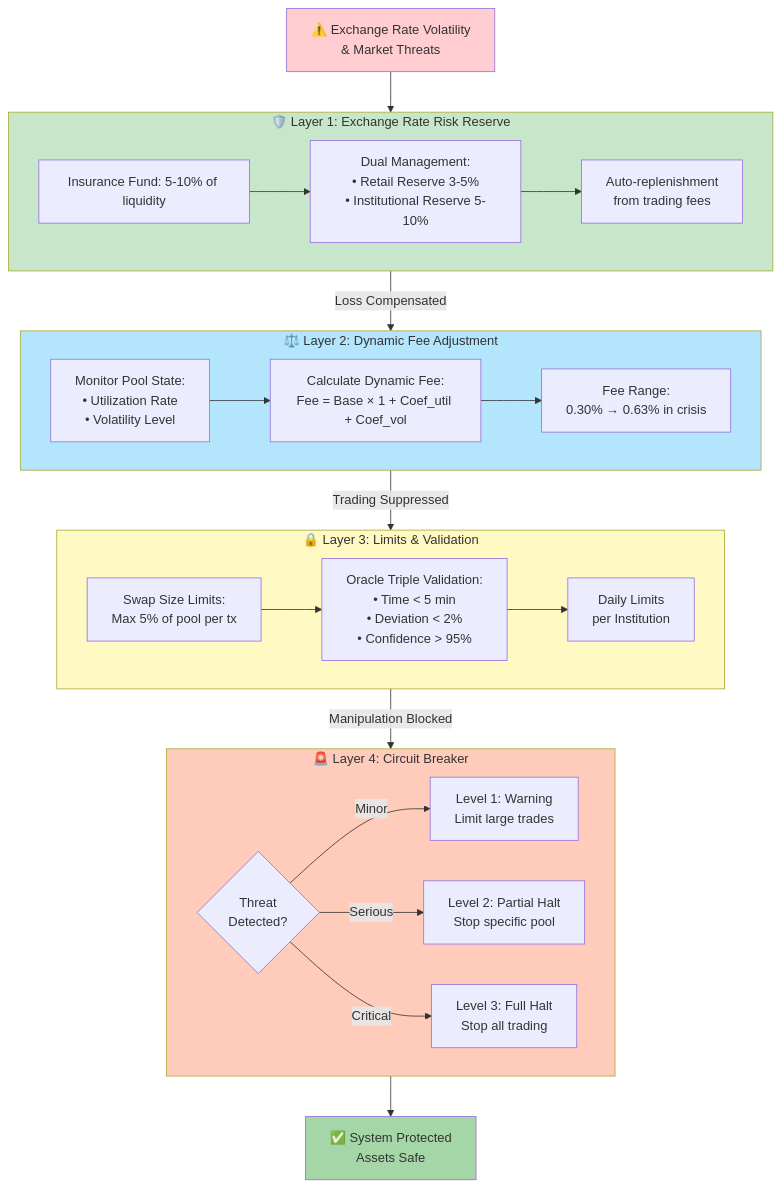
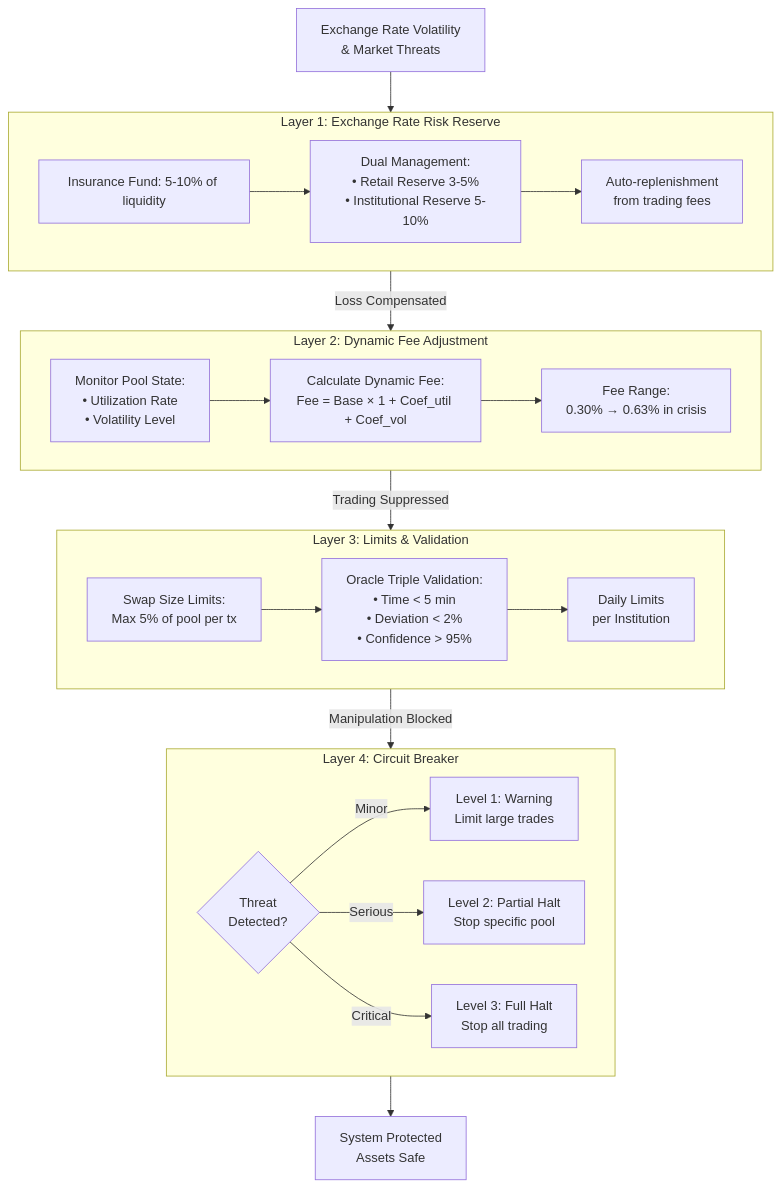
One commit to fbtopg/gurufin-docs changed the first of 3 diagrams in gurudex/06_risk_mitigation.md. Above: the diagram before and after it, drawn with Mermaid. The commit also changed other lines of this file and 18 other files, not shown here.

````diff
--- a/gurudex/06_risk_mitigation.md
+++ b/gurudex/06_risk_mitigation.md
@@ -7,52 +7,45 @@
 ```mermaid
 flowchart TD
-    Threat[⚠️ Exchange Rate Volatility<br/>& Market Threats]
+    Threat[Exchange Rate Volatility<br/>& Market Threats]
     
     Threat --> Layer1
     
-    subgraph Layer1["🛡️ Layer 1: Exchange Rate Risk Reserve"]
+    subgraph Layer1["Layer 1: Exchange Rate Risk Reserve"]
         L1A["Insurance Fund: 5-10% of liquidity"]
         L1B["Dual Management:<br/>• Retail Reserve 3-5%<br/>• Institutional Reserve 5-10%"]
         L1C["Auto-replenishment<br/>from trading fees"]
         L1A --> L1B --> L1C
     end
     
     Layer1 --> |Loss Compensated| Layer2
     
-    subgraph Layer2["⚖️ Layer 2: Dynamic Fee Adjustment"]
+    subgraph Layer2["Layer 2: Dynamic Fee Adjustment"]
         L2A["Monitor Pool State:<br/>• Utilization Rate<br/>• Volatility Level"]
         L2B["Calculate Dynamic Fee:<br/>Fee = Base × 1 + Coef_util + Coef_vol"]
         L2C["Fee Range:<br/>0.30% → 0.63% in crisis"]
         L2A --> L2B --> L2C
     end
     
     Layer2 --> |Trading Suppressed| Layer3
     
-    subgraph Layer3["🔒 Layer 3: Limits & Validation"]
+    subgraph Layer3["Layer 3: Limits & Validation"]
         L3A["Swap Size Limits:<br/>Max 5% of pool per tx"]
         L3B["Oracle Triple Validation:<br/>• Time < 5 min<br/>• Deviation < 2%<br/>• Confidence > 95%"]
         L3C["Daily Limits<br/>per Institution"]
         L3A --> L3B --> L3C
     end
     
     Layer3 --> |Manipulation Blocked| Layer4
     
-    subgraph Layer4["🚨 Layer 4: Circuit Breaker"]
+    subgraph Layer4["Layer 4: Circuit Breaker"]
         L4A{Threat<br/>Detected?}
         L4B["Level 1: Warning<br/>Limit large trades"]
         L4C["Level 2: Partial Halt<br/>Stop specific pool"]
         L4D["Level 3: Full Halt<br/>Stop all trading"]
         L4A -->|Minor| L4B
         L4A -->|Serious| L4C
         L4A -->|Critical| L4D
     end
     
-    Layer4 --> Protected[✅ System Protected<br/>Assets Safe]
-    
-    style Threat fill:#ffcdd2
-    style Layer1 fill:#c8e6c9
-    style Layer2 fill:#b3e5fc
-    style Layer3 fill:#fff9c4
-    style Layer4 fill:#ffccbc
-    style Protected fill:#a5d6a7
+    Layer4 --> Protected[System Protected<br/>Assets Safe]
 ```
````
